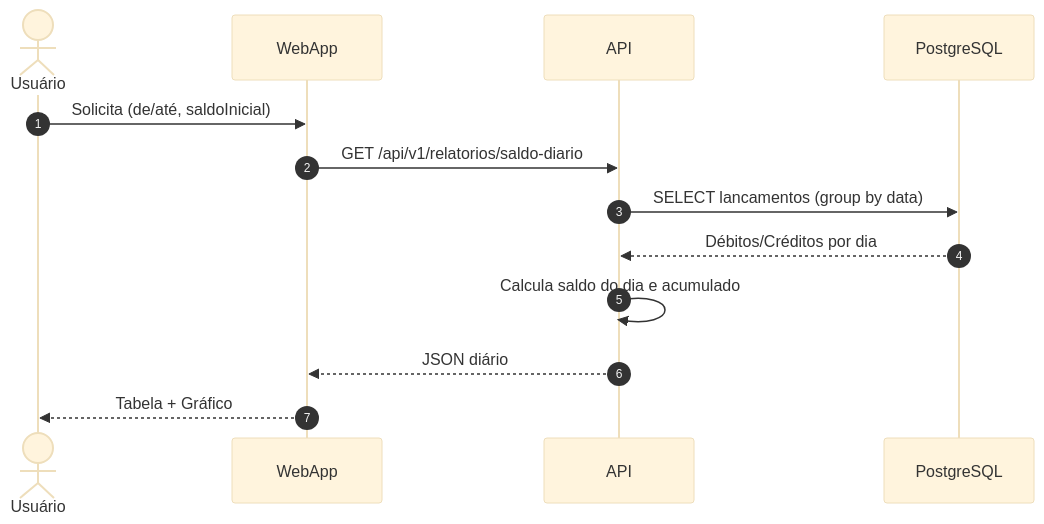
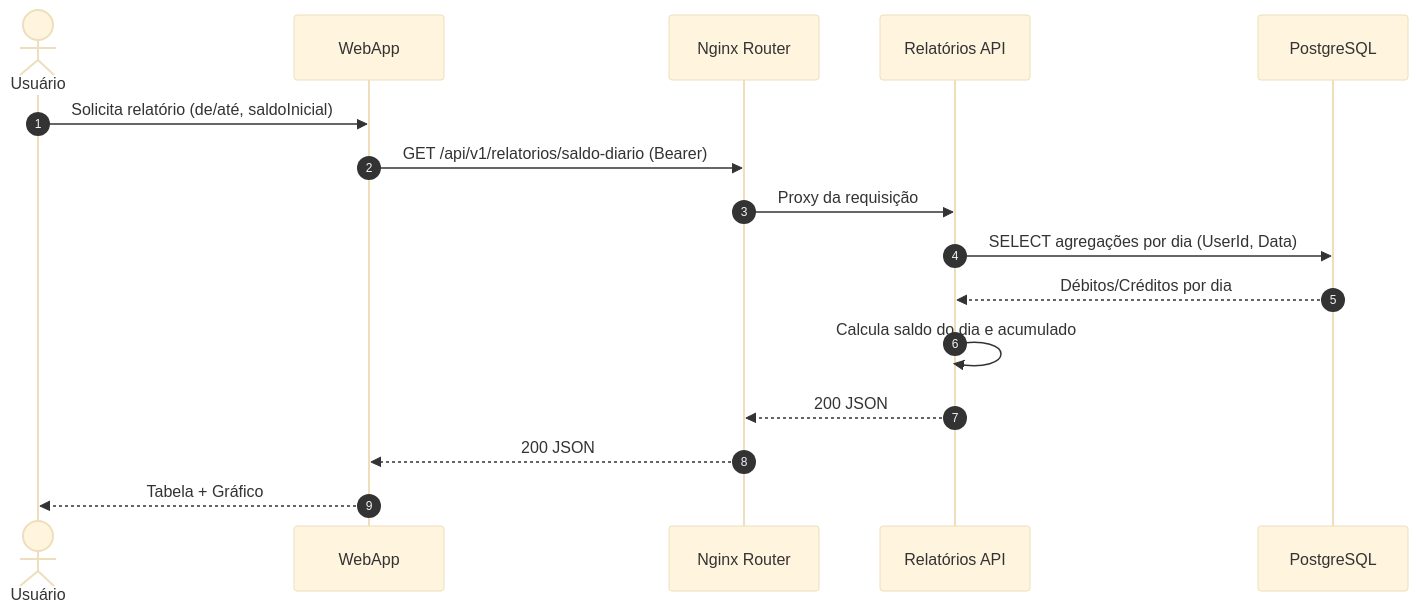
Before and after one commit to caiquefirefox/solution-architecture-challenge: the sixth of 7 diagrams in README.md, drawn with Mermaid (base theme). The commit also changed other lines of this file, not shown here.

````diff
--- a/README.md
+++ b/README.md
@@ -235,16 +235,19 @@
   ```mermaid
   sequenceDiagram
     autonumber
     actor User as Usuário
-    participant Web as WebApp
-    participant API
+    participant FE as WebApp
+    participant NX as Nginx Router
+    participant REP as Relatórios API
     participant DB as PostgreSQL
-
-    User->>Web: Solicita (de/até, saldoInicial)
-    Web->>API: GET /api/v1/relatorios/saldo-diario
-    API->>DB: SELECT lancamentos (group by data)
-    DB-->>API: Débitos/Créditos por dia
-    API->>API: Calcula saldo do dia e acumulado
-    API-->>Web: JSON diário
-    Web-->>User: Tabela + Gráfico
+  
+    User->>FE: Solicita relatório (de/até, saldoInicial)
+    FE->>NX: GET /api/v1/relatorios/saldo-diario (Bearer)
+    NX->>REP: Proxy da requisição
+    REP->>DB: SELECT agregações por dia (UserId, Data)
+    DB-->>REP: Débitos/Créditos por dia
+    REP->>REP: Calcula saldo do dia e acumulado
+    REP-->>NX: 200 JSON
+    NX-->>FE: 200 JSON
+    FE-->>User: Tabela + Gráfico
   ```
````
